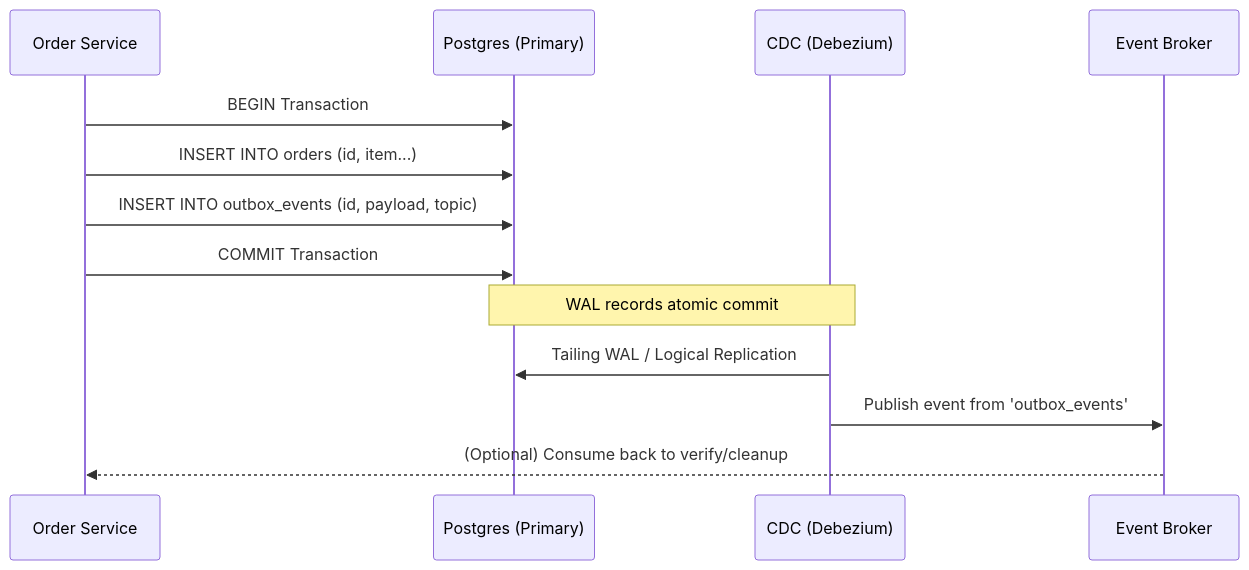
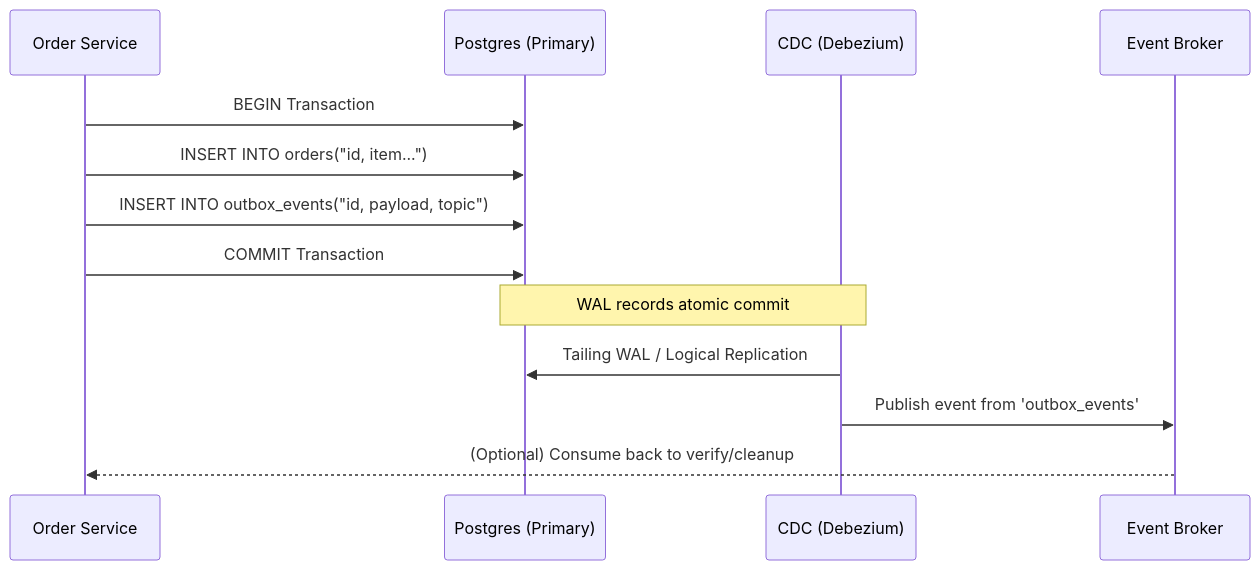
One commit to kythuatdulieu/kythuatdulieu.github.io changed the diagram in src/content/docs/concepts/1-distributed-systems-architecture/source-systems.md. Above: the diagram before and after it, drawn with Mermaid. The commit also changed 190 other files, not shown here.

Commit message:
fix: resolve mermaid syntax, math rendering, and metadata issues from content rewrite

````diff
--- a/src/content/docs/concepts/1-distributed-systems-architecture/source-systems.md
+++ b/src/content/docs/concepts/1-distributed-systems-architecture/source-systems.md
@@ -73,16 +73,16 @@
 ```mermaid
 sequenceDiagram
     participant App as Order Service
     participant DB as Postgres (Primary)
     participant Debezium as CDC (Debezium)
     participant Kafka as Event Broker
     
     App->>DB: BEGIN Transaction
-    App->>DB: INSERT INTO orders (id, item...)
-    App->>DB: INSERT INTO outbox_events (id, payload, topic)
+    App->>DB: INSERT INTO orders("id, item...")
+    App->>DB: INSERT INTO outbox_events("id, payload, topic")
     App->>DB: COMMIT Transaction
     Note over DB,Debezium: WAL records atomic commit
     Debezium->>DB: Tailing WAL / Logical Replication
     Debezium->>Kafka: Publish event from 'outbox_events'
     Kafka-->>App: (Optional) Consume back to verify/cleanup
 ```
````
